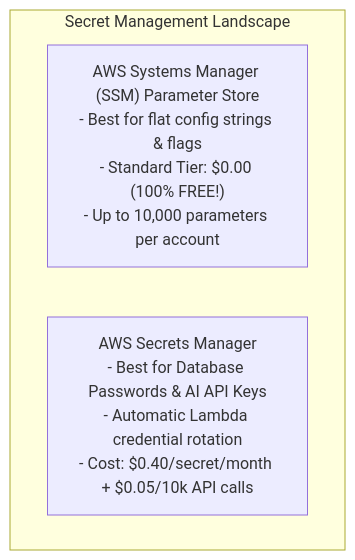
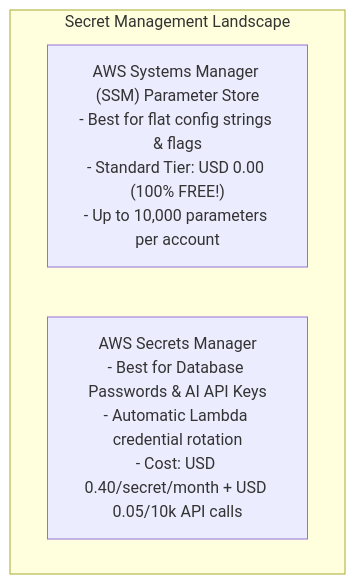
Diagram 24 of 26 in MASTER_SYSTEM_ARCHITECTURE_AND_DEVOPS_GUIDE.md (phanidharguttikonda0/Paatam), drawn with Mermaid before and after one commit. The commit also changed other lines of this file, not shown here.

Commit message:
fix(docs): resolve GitHub Mermaid diagram parse errors across all subgraphs and sequence diagrams

````diff
--- a/MASTER_SYSTEM_ARCHITECTURE_AND_DEVOPS_GUIDE.md
+++ b/MASTER_SYSTEM_ARCHITECTURE_AND_DEVOPS_GUIDE.md
@@ -1192,7 +1194,7 @@
 ```mermaid
 graph TD
-    subgraph Secret Management Landscape
-        SSM["AWS Systems Manager (SSM) Parameter Store<br/>- Best for flat config strings & flags<br/>- Standard Tier: $0.00 (100% FREE!)<br/>- Up to 10,000 parameters per account"]
-        SM["AWS Secrets Manager<br/>- Best for Database Passwords & AI API Keys<br/>- Automatic Lambda credential rotation<br/>- Cost: $0.40/secret/month + $0.05/10k API calls"]
+    subgraph Secret_Landscape ["Secret Management Landscape"]
+        SSM["AWS Systems Manager (SSM) Parameter Store<br/>- Best for flat config strings & flags<br/>- Standard Tier: USD 0.00 (100% FREE!)<br/>- Up to 10,000 parameters per account"]
+        SM["AWS Secrets Manager<br/>- Best for Database Passwords & AI API Keys<br/>- Automatic Lambda credential rotation<br/>- Cost: USD 0.40/secret/month + USD 0.05/10k API calls"]
     end
 ```
````
